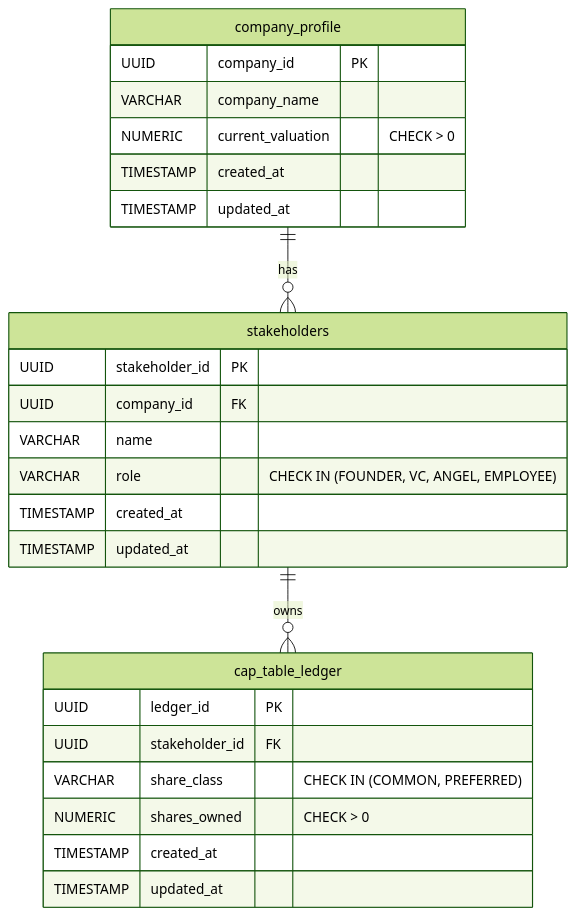
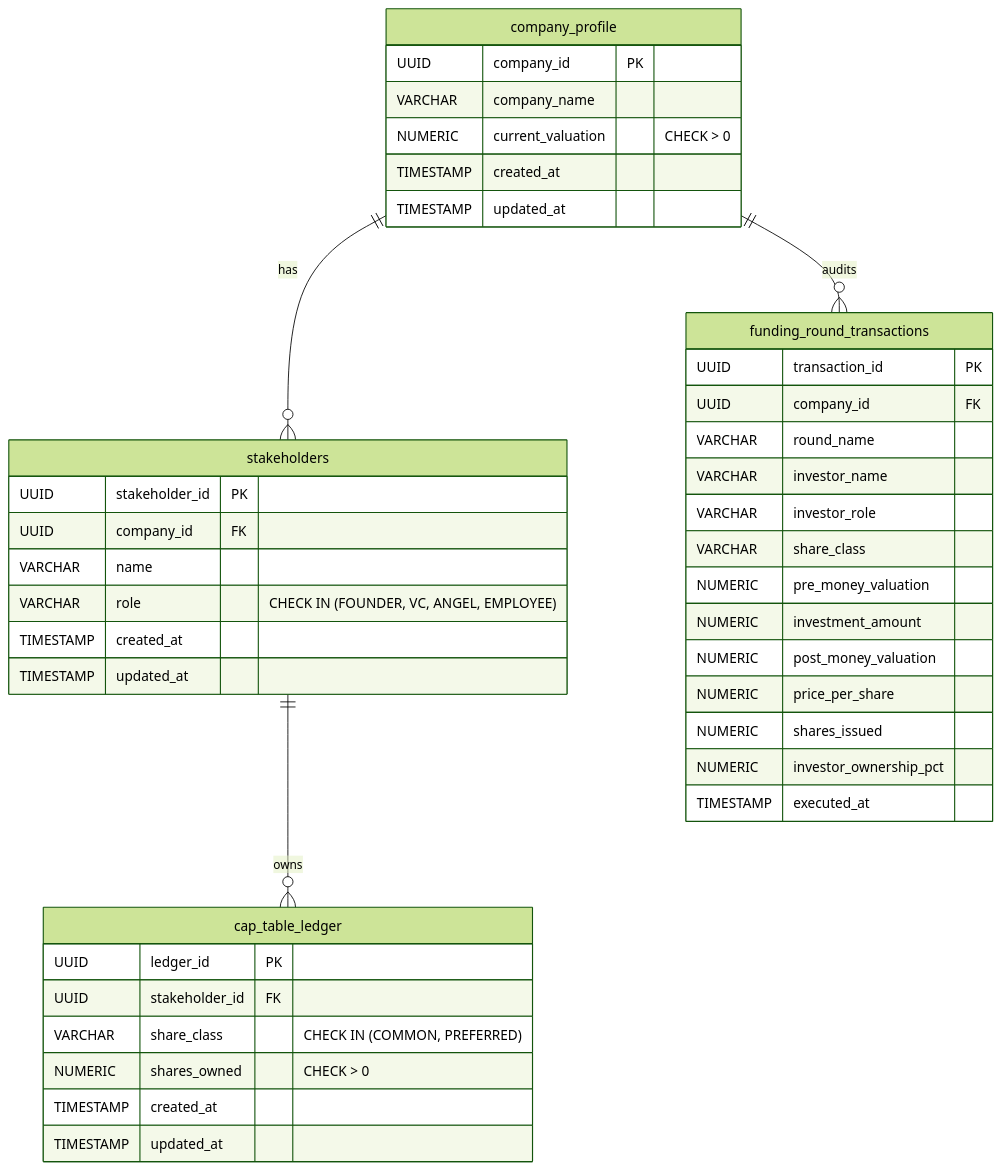
The second of 2 diagrams in README.md (PranitDhumal08/Cap-Table-Equity-Dilution-Simulator), drawn with Mermaid (forest theme) before and after one commit. The commit also changed other lines of this file and 21 other files, not shown here.

Commit message:
feat: add persistent funding round transactions, execute-round endpoint, and Carta-style UI overhaul

````diff
--- a/README.md
+++ b/README.md
@@ -107,31 +107,48 @@
 ```mermaid
 erDiagram
     company_profile ||--o{ stakeholders : "has"
     stakeholders ||--o{ cap_table_ledger : "owns"
+    company_profile ||--o{ funding_round_transactions : "audits"
 
     company_profile {
         UUID company_id PK
         VARCHAR company_name
         NUMERIC current_valuation "CHECK > 0"
         TIMESTAMP created_at
         TIMESTAMP updated_at
     }
 
     stakeholders {
         UUID stakeholder_id PK
         UUID company_id FK
         VARCHAR name
         VARCHAR role "CHECK IN (FOUNDER, VC, ANGEL, EMPLOYEE)"
         TIMESTAMP created_at
         TIMESTAMP updated_at
     }
 
     cap_table_ledger {
         UUID ledger_id PK
         UUID stakeholder_id FK
         VARCHAR share_class "CHECK IN (COMMON, PREFERRED)"
         NUMERIC shares_owned "CHECK > 0"
         TIMESTAMP created_at
         TIMESTAMP updated_at
     }
+
+    funding_round_transactions {
+        UUID transaction_id PK
+        UUID company_id FK
+        VARCHAR round_name
+        VARCHAR investor_name
+        VARCHAR investor_role
+        VARCHAR share_class
+        NUMERIC pre_money_valuation
+        NUMERIC investment_amount
+        NUMERIC post_money_valuation
+        NUMERIC price_per_share
+        NUMERIC shares_issued
+        NUMERIC investor_ownership_pct
+        TIMESTAMP executed_at
+    }
 ```
````
